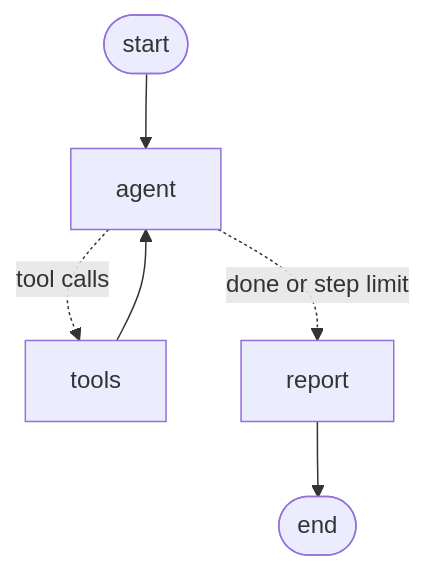
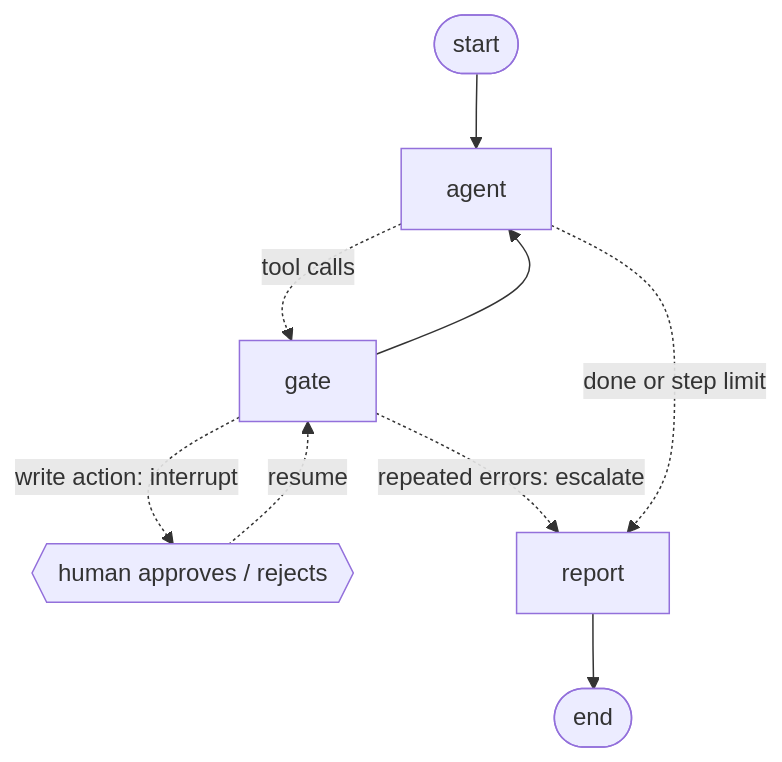
One commit to py3de/mini-agent-stackV1 changed the second of 2 diagrams in README.md. Above: the diagram before and after it, drawn with Mermaid. The commit also changed other lines of this file and 4 other files, not shown here.

First line of the commit message:
Add governance tests and document the approval flow

````diff
--- a/README.md
+++ b/README.md
@@ -72,8 +76,11 @@
 ```mermaid
 graph TD;
     __start__([start]) --> agent;
-    agent -. tool calls .-> tools;
-    tools --> agent;
+    agent -. tool calls .-> gate;
+    gate -. write action: interrupt .-> human{{human approves / rejects}};
+    human -. resume .-> gate;
+    gate --> agent;
+    gate -. repeated errors: escalate .-> report;
     agent -. done or step limit .-> report;
     report --> __end__([end]);
 ```
````
